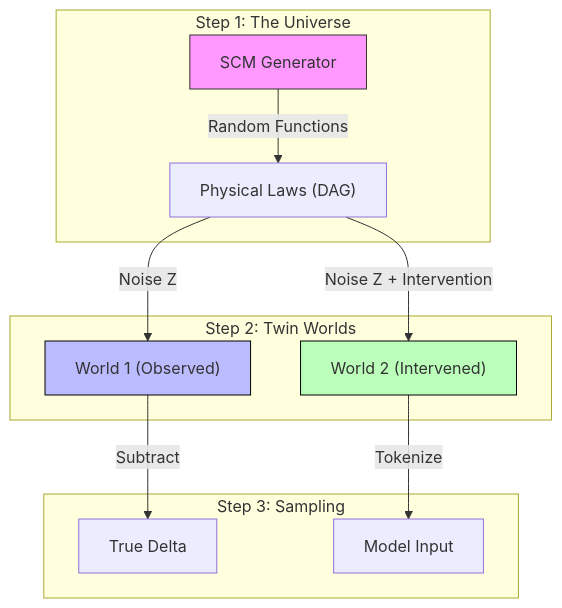
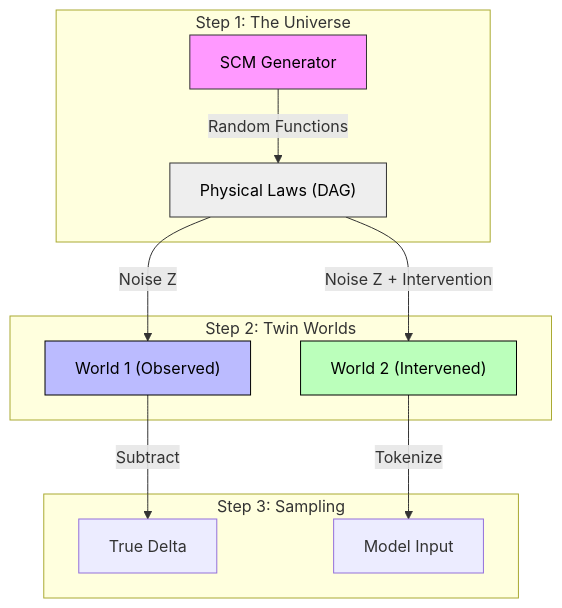
The third of 5 diagrams in README.md (MeiisamMahmoodii/MultiModelDeltaPredictor), drawn with Mermaid before and after one commit. The commit also changed other lines of this file, not shown here.

Commit message:
Set text color to black for all diagram nodes

````diff
--- a/README.md
+++ b/README.md
@@ -78,20 +78,21 @@
 ```mermaid
 graph TD
     subgraph "Step 1: The Universe"
     SCM["SCM Generator"] -->|Random Functions| Graph["Physical Laws (DAG)"]
     end
     
     subgraph "Step 2: Twin Worlds"
     Graph -->|Noise Z| World1["World 1 (Observed)"]
     Graph -->|Noise Z + Intervention| World2["World 2 (Intervened)"]
     end
     
     subgraph "Step 3: Sampling"
     World1 -->|Subtract| Delta["True Delta"]
     World2 -->|Tokenize| Input["Model Input"]
     end
     
-    style SCM fill:#f9f,stroke:#333
-    style World1 fill:#bbf,stroke:#000
-    style World2 fill:#bfb,stroke:#000
+    style SCM fill:#f9f,stroke:#333,color:#000
+    style Graph fill:#eee,stroke:#333,color:#000
+    style World1 fill:#bbf,stroke:#000,color:#000
+    style World2 fill:#bfb,stroke:#000,color:#000
 ```
````
